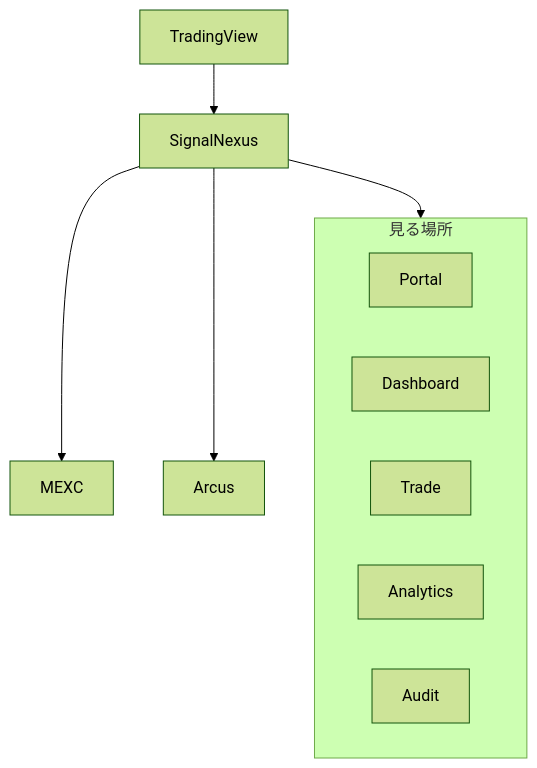
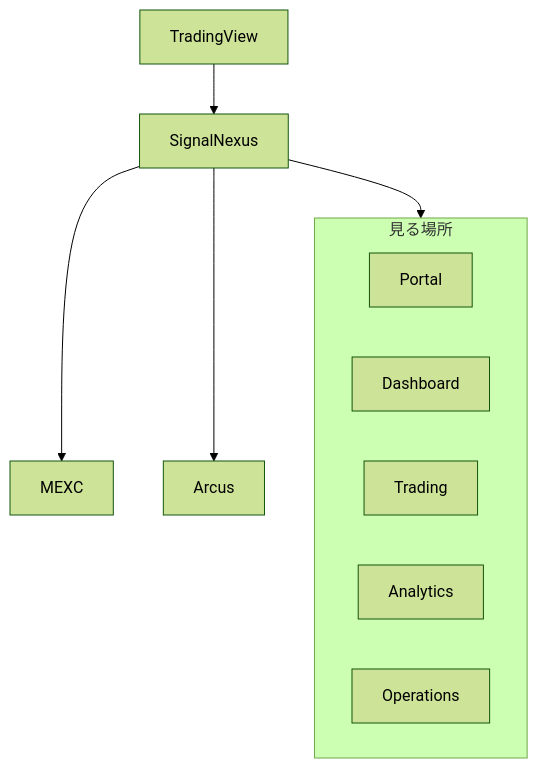
Before and after one commit to SignalNexus/signal-nexus: the second of 5 diagrams in docs/architecture/ARCHITECTURE_JA.md, drawn with Mermaid (forest theme). The commit also changed other lines of this file and 9 other files, not shown here.

````diff
--- a/docs/architecture/ARCHITECTURE_JA.md
+++ b/docs/architecture/ARCHITECTURE_JA.md
@@ -36,14 +36,14 @@
 ```mermaid
 graph TB
   TradingView --> SignalNexus
   SignalNexus --> MEXC
   SignalNexus --> Arcus
   SignalNexus --> Views
   subgraph Views["見る場所"]
     Portal
     Dashboard
-    Trade
+    Trading
     Analytics
-    Audit
+    Operations
   end
 ```
````
